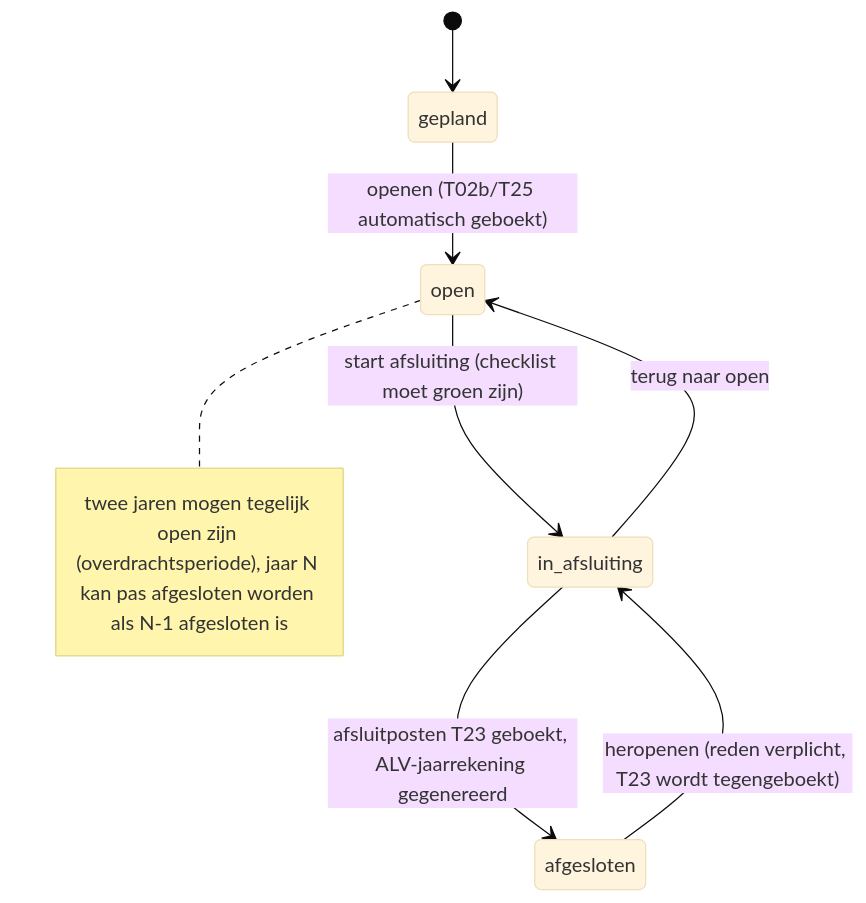
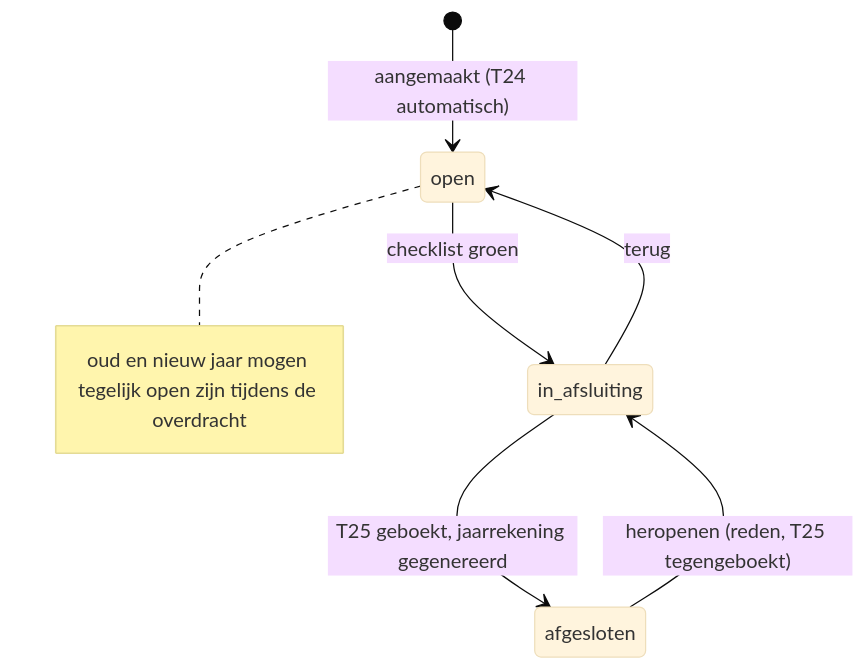
Before and after one commit to Olivierrl19/Boekhouden: the sixth of 6 diagrams in PLAN.md, drawn with Mermaid (base theme). The commit also changed other lines of this file and 2 other files, not shown here.

````diff
--- a/PLAN.md
+++ b/PLAN.md
@@ -740,10 +596,9 @@
 ```mermaid
 stateDiagram-v2
-    [*] --> gepland
-    gepland --> open: openen (T02b/T25 automatisch geboekt)
-    open --> in_afsluiting: start afsluiting (checklist moet groen zijn)
-    in_afsluiting --> open: terug naar open
-    in_afsluiting --> afgesloten: afsluitposten T23 geboekt, ALV-jaarrekening gegenereerd
-    afgesloten --> in_afsluiting: heropenen (reden verplicht, T23 wordt tegengeboekt)
-    note right of open: twee jaren mogen tegelijk open zijn (overdrachtsperiode), jaar N kan pas afgesloten worden als N-1 afgesloten is
+    [*] --> open: aangemaakt (T24 automatisch)
+    open --> in_afsluiting: checklist groen
+    in_afsluiting --> open: terug
+    in_afsluiting --> afgesloten: T25 geboekt, jaarrekening gegenereerd
+    afgesloten --> in_afsluiting: heropenen (reden, T25 tegengeboekt)
+    note right of open: oud en nieuw jaar mogen tegelijk open zijn tijdens de overdracht
 ```
````
